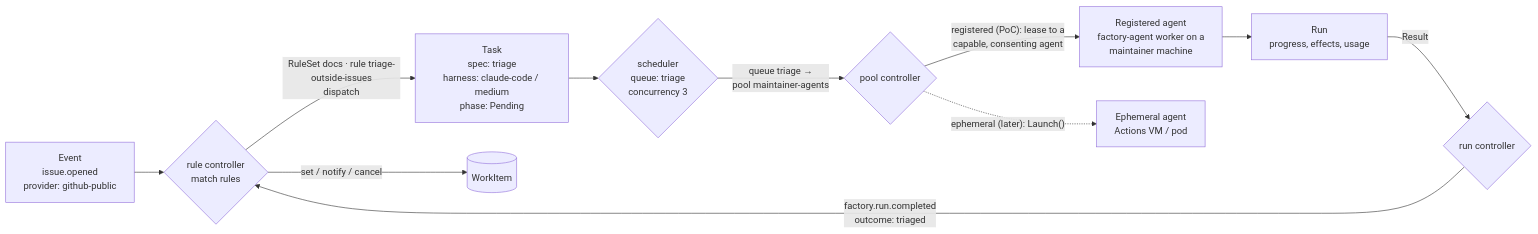
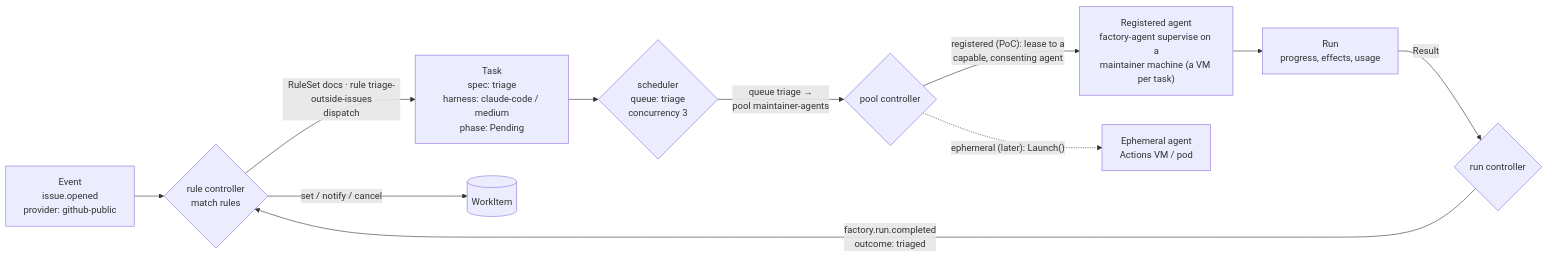
Before and after one commit to ContainerSolutions/factory: the third of 6 diagrams in design/02-architecture.md, drawn with Mermaid. The commit also changed other lines of this file and 32 other files, not shown here.

````diff
--- a/design/02-architecture.md
+++ b/design/02-architecture.md
@@ -206,13 +206,13 @@
 ```mermaid
 flowchart LR
     E["Event<br/>issue.opened<br/>provider: github-public"] --> RC{"rule controller<br/>match rules"}
     RC -- "RuleSet docs · rule triage-outside-issues<br/>dispatch" --> T["Task<br/>spec: triage<br/>harness: claude-code / medium<br/>phase: Pending"]
     RC -- "set / notify / cancel" --> WI[("WorkItem")]
     T --> SC{"scheduler<br/>queue: triage<br/>concurrency 3"}
     SC -- "queue triage →<br/>pool maintainer-agents" --> PL{"pool controller"}
-    PL -- "registered (PoC): lease to a<br/>capable, consenting agent" --> AG["Registered agent<br/>factory-agent worker on a<br/>maintainer machine"]
+    PL -- "registered (PoC): lease to a<br/>capable, consenting agent" --> AG["Registered agent<br/>factory-agent supervise on a<br/>maintainer machine (a VM per task)"]
     PL -. "ephemeral (later): Launch()" .-> EA["Ephemeral agent<br/>Actions VM / pod"]
     AG --> RN["Run<br/>progress, effects, usage"]
     RN -- "Result" --> RNC{"run controller"}
     RNC -- "factory.run.completed<br/>outcome: triaged" --> RC
 ```
````
